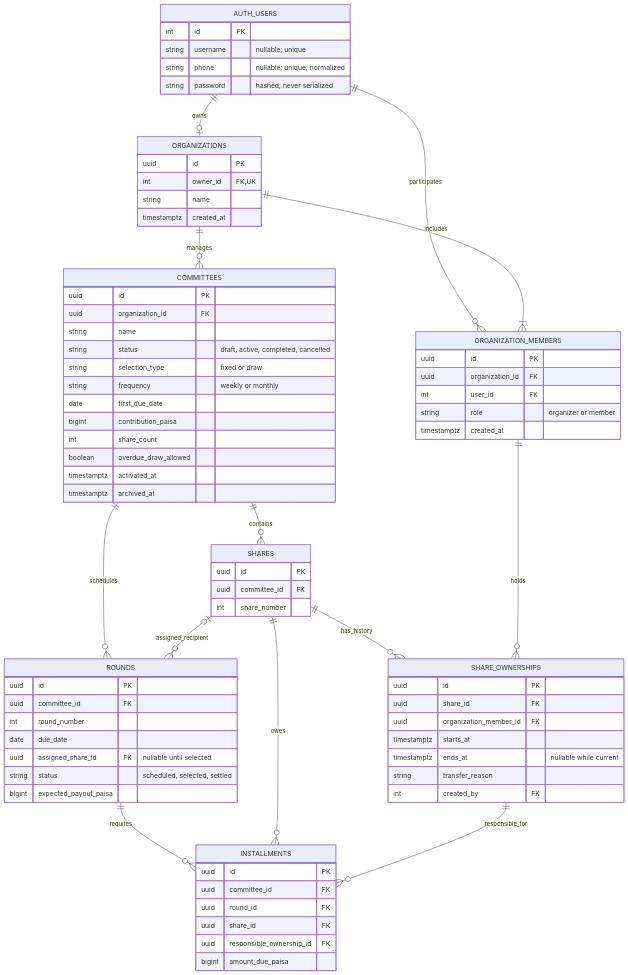
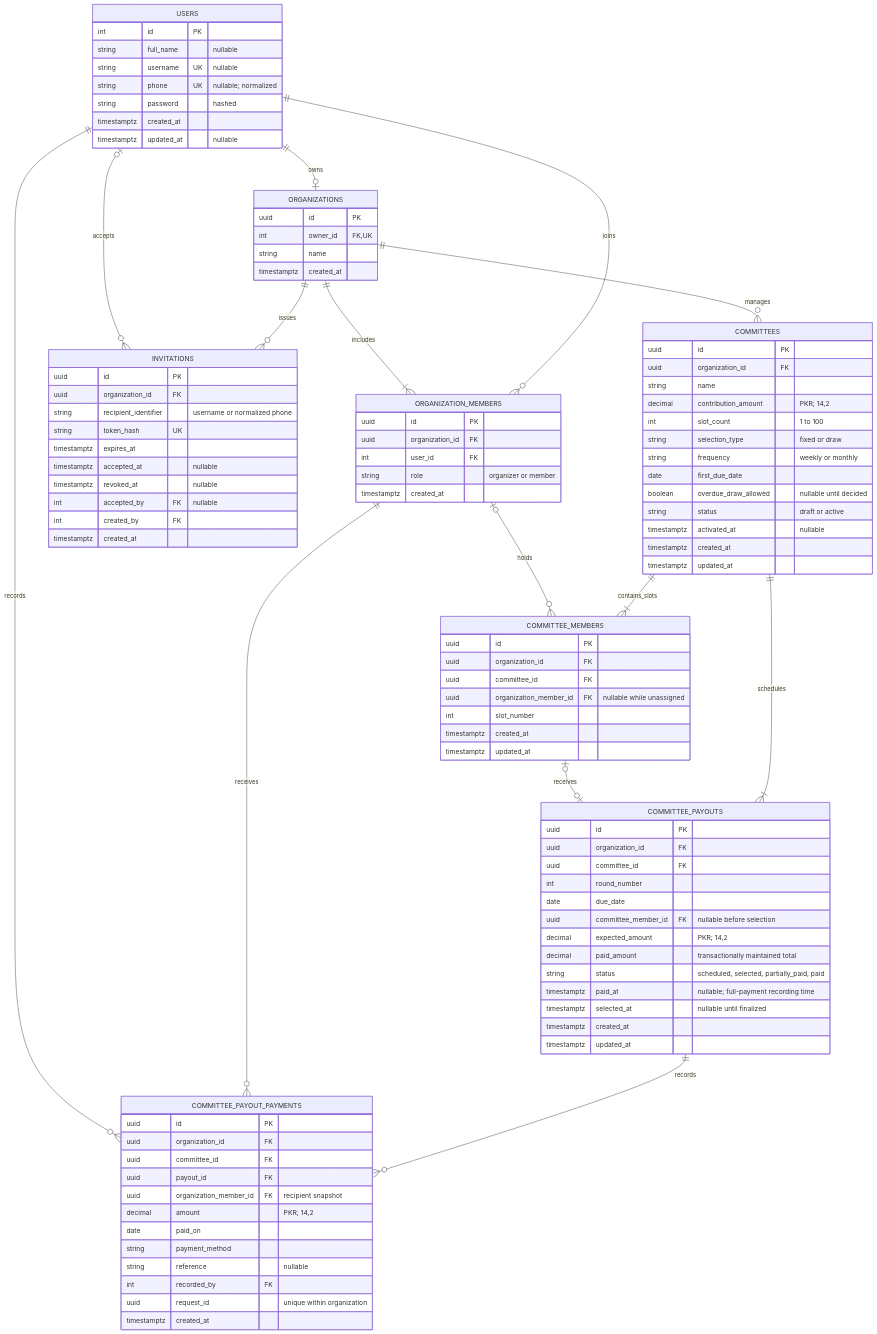
One commit to saif-qureshi/committee-manager changed the diagram in docs/ERD.md. Above: the diagram before and after it, drawn with Mermaid. The commit also changed other lines of this file and 40 other files, not shown here.

Commit message:
feat: add committee setup and payout recording

````diff
--- a/docs/ERD.md
+++ b/docs/ERD.md
@@ -11,23 +9,27 @@
 ```mermaid
 erDiagram
-    AUTH_USERS ||--o| ORGANIZATIONS : owns
-    AUTH_USERS ||--o{ ORGANIZATION_MEMBERS : participates
+    USERS ||--o| ORGANIZATIONS : owns
+    USERS ||--o{ ORGANIZATION_MEMBERS : joins
     ORGANIZATIONS ||--|{ ORGANIZATION_MEMBERS : includes
+    ORGANIZATIONS ||--o{ INVITATIONS : issues
+    USERS o|--o{ INVITATIONS : accepts
     ORGANIZATIONS ||--o{ COMMITTEES : manages
-    COMMITTEES ||--o{ SHARES : contains
-    SHARES ||--o{ SHARE_OWNERSHIPS : has_history
-    ORGANIZATION_MEMBERS ||--o{ SHARE_OWNERSHIPS : holds
-    COMMITTEES ||--o{ ROUNDS : schedules
-    SHARES o|--o{ ROUNDS : assigned_recipient
-    ROUNDS ||--o{ INSTALLMENTS : requires
-    SHARES ||--o{ INSTALLMENTS : owes
-    SHARE_OWNERSHIPS ||--o{ INSTALLMENTS : responsible_for
+    COMMITTEES ||--|{ COMMITTEE_MEMBERS : contains_slots
+    ORGANIZATION_MEMBERS o|--o{ COMMITTEE_MEMBERS : holds
+    COMMITTEES ||--|{ COMMITTEE_PAYOUTS : schedules
+    COMMITTEE_MEMBERS o|--o| COMMITTEE_PAYOUTS : receives
+    COMMITTEE_PAYOUTS ||--o{ COMMITTEE_PAYOUT_PAYMENTS : records
+    ORGANIZATION_MEMBERS ||--o{ COMMITTEE_PAYOUT_PAYMENTS : receives
+    USERS ||--o{ COMMITTEE_PAYOUT_PAYMENTS : records
 
-    AUTH_USERS {
+    USERS {
         int id PK
-        string username "nullable; unique"
-        string phone "nullable; unique; normalized"
-        string password "hashed; never serialized"
+        string full_name "nullable"
+        string username UK "nullable"
+        string phone UK "nullable; normalized"
+        string password "hashed"
+        timestamptz created_at
+        timestamptz updated_at "nullable"
     }
     ORGANIZATIONS {
         uuid id PK
@@ -42,49 +44,69 @@
         string role "organizer or member"
         timestamptz created_at
     }
+    INVITATIONS {
+        uuid id PK
+        uuid organization_id FK
+        string recipient_identifier "username or normalized phone"
+        string token_hash UK
+        timestamptz expires_at
+        timestamptz accepted_at "nullable"
+        timestamptz revoked_at "nullable"
+        int accepted_by FK "nullable"
+        int created_by FK
+        timestamptz created_at
+    }
     COMMITTEES {
         uuid id PK
         uuid organization_id FK
         string name
-        string status "draft, active, completed, cancelled"
+        decimal contribution_amount "PKR; 14,2"
+        int slot_count "1 to 100"
         string selection_type "fixed or draw"
         string frequency "weekly or monthly"
         date first_due_date
-        bigint contribution_paisa
-        int share_count
-        boolean overdue_draw_allowed
-        timestamptz activated_at
-        timestamptz archived_at
+        boolean overdue_draw_allowed "nullable until decided"
+        string status "draft or active"
+        timestamptz activated_at "nullable"
+        timestamptz created_at
+        timestamptz updated_at
     }
-    SHARES {
+    COMMITTEE_MEMBERS {
         uuid id PK
+        uuid organization_id FK
         uuid committee_id FK
-        int share_number
+        uuid organization_member_id FK "nullable while unassigned"
+        int slot_number
+        timestamptz created_at
+        timestamptz updated_at
     }
-    SHARE_OWNERSHIPS {
+    COMMITTEE_PAYOUTS {
         uuid id PK
-        uuid share_id FK
-        uuid organization_member_id FK
-        timestamptz starts_at
-        timestamptz ends_at "nullable while current"
-        string transfer_reason
-        int created_by FK
-    }
-    ROUNDS {
-        uuid id PK
+        uuid organization_id FK
         uuid committee_id FK
         int round_number
         date due_date
-        uuid assigned_share_id FK "nullable until selected"
-        string status "scheduled, selected, settled"
-        bigint expected_payout_paisa
+        uuid committee_member_id FK "nullable before selection"
+        decimal expected_amount "PKR; 14,2"
+        decimal paid_amount "transactionally maintained total"
+        string status "scheduled, selected, partially_paid, paid"
+        timestamptz paid_at "nullable; full-payment recording time"
+        timestamptz selected_at "nullable until finalized"
+        timestamptz created_at
+        timestamptz updated_at
     }
-    INSTALLMENTS {
+    COMMITTEE_PAYOUT_PAYMENTS {
         uuid id PK
+        uuid organization_id FK
         uuid committee_id FK
-        uuid round_id FK
-        uuid share_id FK
-        uuid responsible_ownership_id FK
-        bigint amount_due_paisa
+        uuid payout_id FK
+        uuid organization_member_id FK "recipient snapshot"
+        decimal amount "PKR; 14,2"
+        date paid_on
+        string payment_method
+        string reference "nullable"
+        int recorded_by FK
+        uuid request_id "unique within organization"
+        timestamptz created_at
     }
 ```
````
